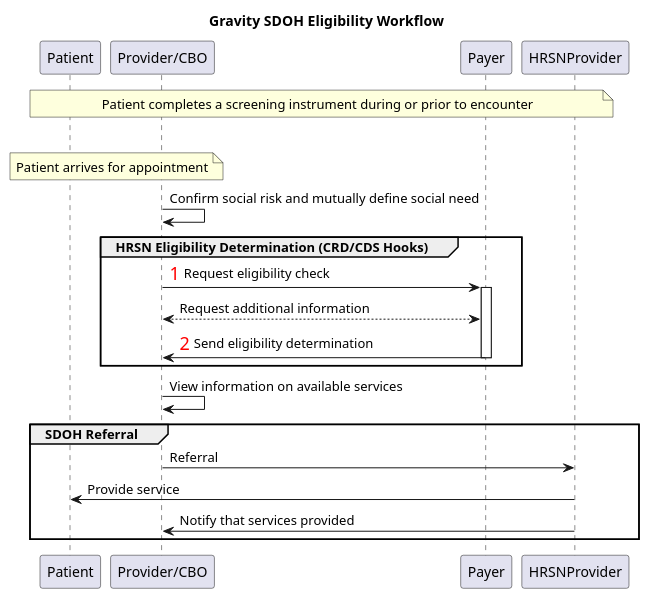
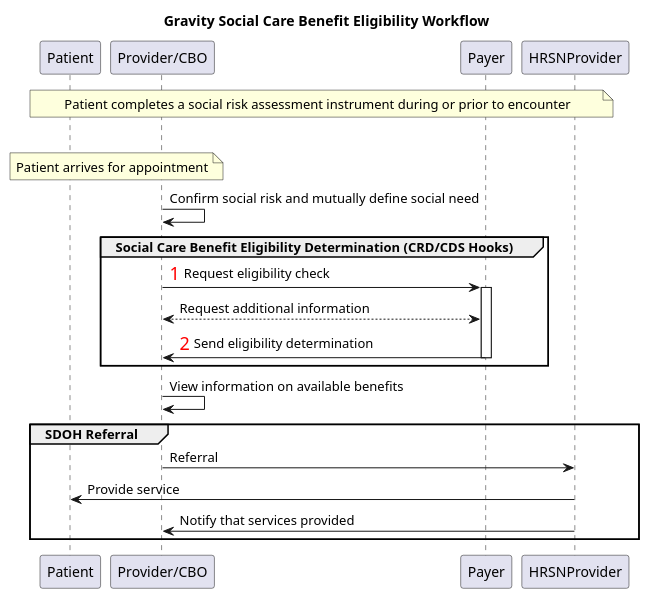
Before and after one commit to Gravity-SDOHCC/supplemental-benefits-check-connectathon: the diagram in gravity_workflow.puml, drawn with PlantUML. The commit also changed 2 other files, not shown here.

Commit message:
update diagram language

```diff
--- a/gravity_workflow.puml
+++ b/gravity_workflow.puml
@@ -1,35 +1,35 @@
 @startuml
-title Gravity SDOH Eligibility Workflow
+title Gravity Social Care Benefit Eligibility Workflow
 
 participant Patient
 participant "Provider/CBO" as Provider
 participant Payer
 participant HRSNProvider
 
-note across: Patient completes a screening instrument during or prior to encounter
+note across: Patient completes a social risk assessment instrument during or prior to encounter
 'Provider -> Patient: Screening Questionnaire
 'Patient -> Provider: Screening QuestionnaireResponse
 |||
 note over Provider, Patient: Patient arrives for appointment
 Provider -> Provider: Confirm social risk and mutually define social need
-group HRSN Eligibility Determination (CRD/CDS Hooks)
+group Social Care Benefit Eligibility Determination (CRD/CDS Hooks)
   autonumber 1 "<font color=red size=18>"
   Provider -> Payer: Request eligibility check
   autonumber stop
   activate Payer
 
   Payer <--> Provider: Request additional information
 
   autonumber 2 "<font color=red size=18>"
   Payer -> Provider: Send eligibility determination
   autonumber stop
   deactivate Payer
 end
-Provider -> Provider: View information on available services
+Provider -> Provider: View information on available benefits
 
 group SDOH Referral
   Provider -> HRSNProvider: Referral
   HRSNProvider -> Patient: Provide service
   HRSNProvider -> Provider: Notify that services provided
 end
 @enduml
```
